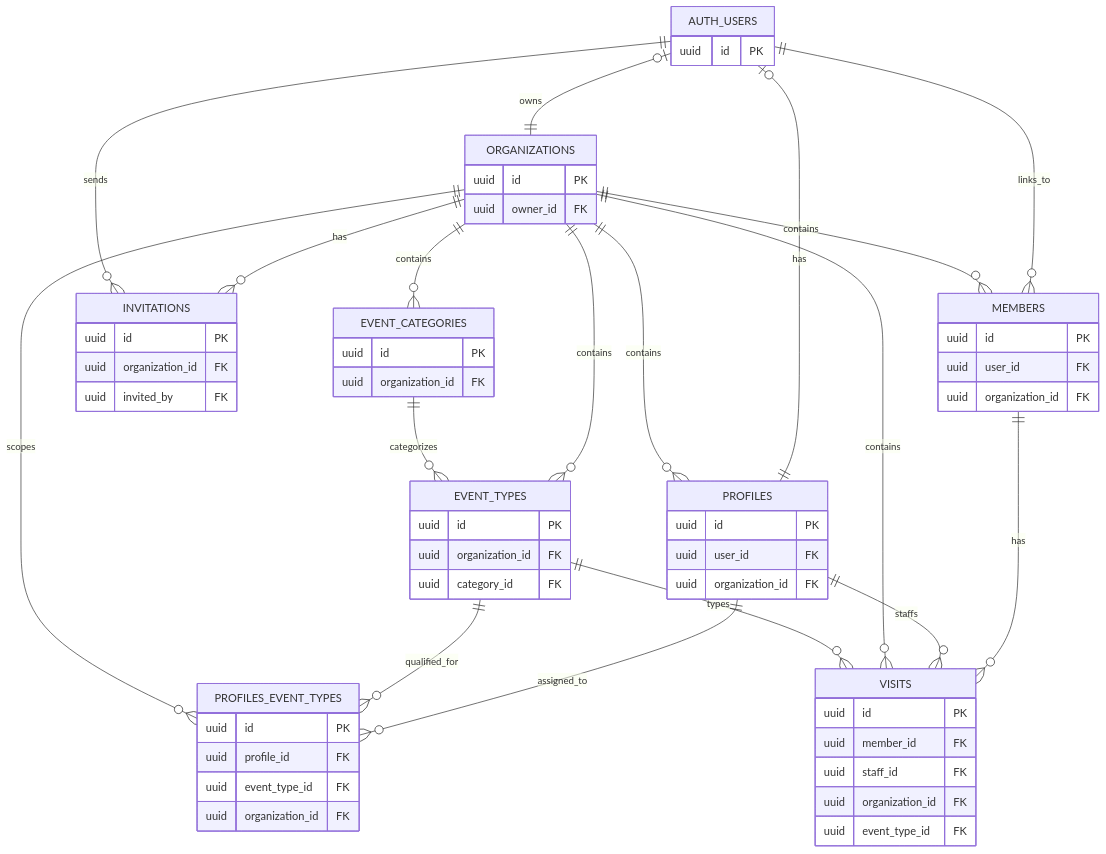
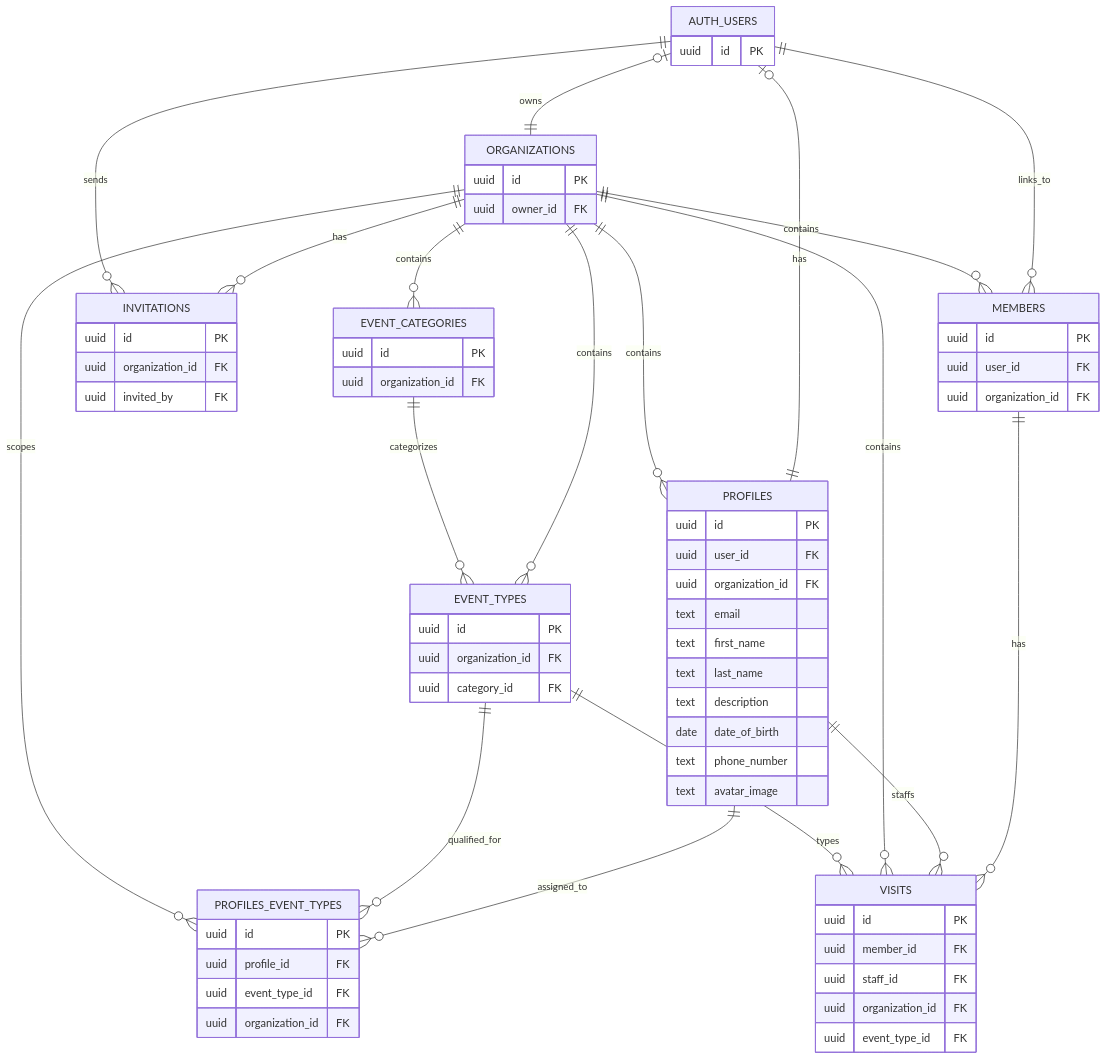
Before and after one commit to proginmind/wellness-manage: the diagram in README.md, drawn with Mermaid. The commit also changed other lines of this file and 15 other files, not shown here.

````diff
--- a/README.md
+++ b/README.md
@@ -113,65 +113,72 @@
 ```mermaid
 erDiagram
   AUTH_USERS {
     uuid id PK
   }
   ORGANIZATIONS {
     uuid id PK
     uuid owner_id FK
   }
   EVENT_CATEGORIES {
     uuid id PK
     uuid organization_id FK
   }
   EVENT_TYPES {
     uuid id PK
     uuid organization_id FK
     uuid category_id FK
   }
   INVITATIONS {
     uuid id PK
     uuid organization_id FK
     uuid invited_by FK
   }
   MEMBERS {
     uuid id PK
     uuid user_id FK
     uuid organization_id FK
   }
   PROFILES {
     uuid id PK
     uuid user_id FK
     uuid organization_id FK
+    text email
+    text first_name
+    text last_name
+    text description
+    date date_of_birth
+    text phone_number
+    text avatar_image
   }
   PROFILES_EVENT_TYPES {
     uuid id PK
     uuid profile_id FK
     uuid event_type_id FK
     uuid organization_id FK
   }
   VISITS {
     uuid id PK
     uuid member_id FK
     uuid staff_id FK
     uuid organization_id FK
     uuid event_type_id FK
   }
 
   AUTH_USERS o|--|| ORGANIZATIONS : owns
   ORGANIZATIONS ||--o{ EVENT_CATEGORIES : contains
   ORGANIZATIONS ||--o{ EVENT_TYPES : contains
   EVENT_CATEGORIES ||--o{ EVENT_TYPES : categorizes
   ORGANIZATIONS ||--o{ INVITATIONS : has
   AUTH_USERS ||--o{ INVITATIONS : sends
   AUTH_USERS ||--o{ MEMBERS : links_to
   ORGANIZATIONS ||--o{ MEMBERS : contains
   AUTH_USERS o|--|| PROFILES : has
   ORGANIZATIONS ||--o{ PROFILES : contains
   PROFILES ||--o{ PROFILES_EVENT_TYPES : assigned_to
   EVENT_TYPES ||--o{ PROFILES_EVENT_TYPES : qualified_for
   ORGANIZATIONS ||--o{ PROFILES_EVENT_TYPES : scopes
   MEMBERS ||--o{ VISITS : has
   PROFILES ||--o{ VISITS : staffs
   ORGANIZATIONS ||--o{ VISITS : contains
   EVENT_TYPES ||--o{ VISITS : types
 ```
````
